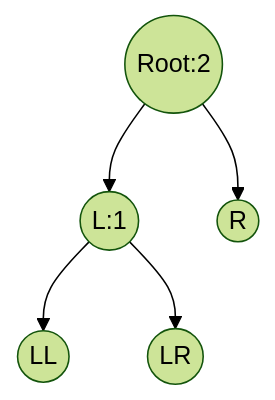
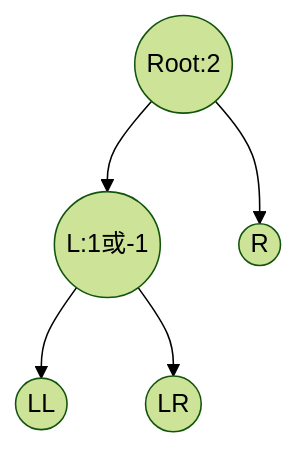
The seventh of 12 diagrams in chapter7-search/README.md (yuzheng14/ds-wangdao), drawn with Mermaid (forest theme) before and after one commit. The commit also changed other lines of this file, not shown here.

Commit message:
完成算法图解

````diff
--- a/chapter7-search/README.md
+++ b/chapter7-search/README.md
@@ -63,7 +63,7 @@
     ```mermaid
     flowchart TD
-    	Rt((Root:2))-->L((L:1))
+    	Rt((Root:2))-->L((L:1或-1))
     	Rt-->R((R))
     	L-->LL((LL))
     	L-->LR((LR))
     ```
````
